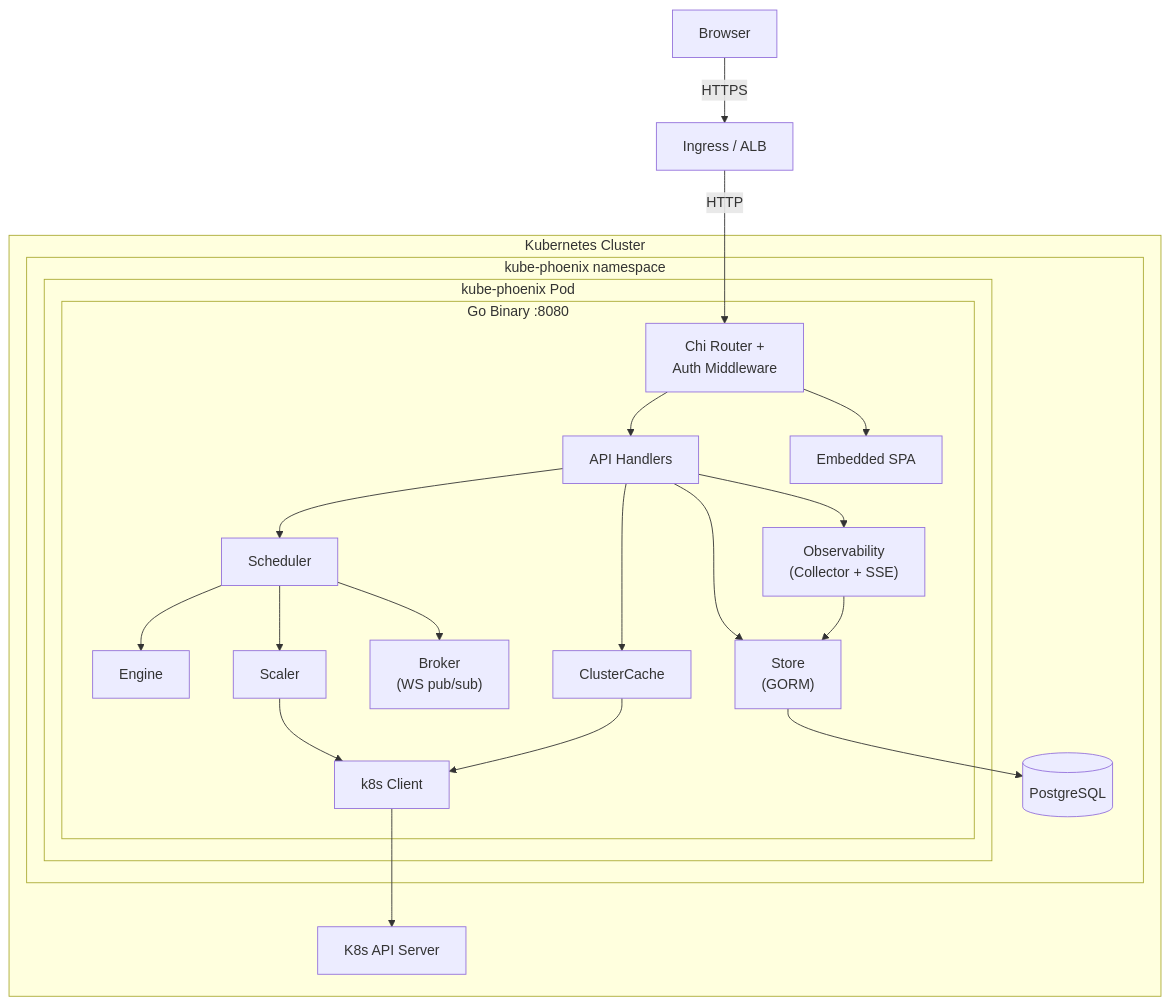
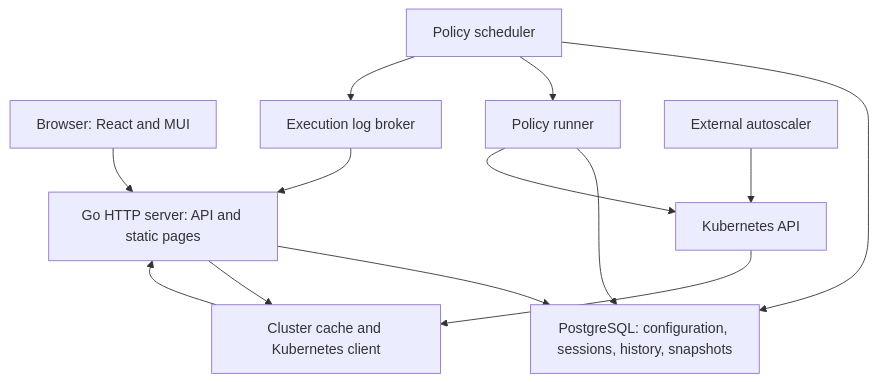
One commit to MacXsimilian/kube-phoenix changed the first of 2 diagrams in ARCHITECTURE.md. Above: the diagram before and after it, drawn with Mermaid. The commit also changed other lines of this file and 110 other files, not shown here.

First line of the commit message:
fix!: harden policy execution, releases and build tooling (#436)

````diff
--- a/ARCHITECTURE.md
+++ b/ARCHITECTURE.md
@@ -28,38 +11,15 @@
 ```mermaid
 flowchart TB
-    Browser["Browser"]
-    ALB["Ingress / ALB"]
-
-    subgraph Cluster["Kubernetes Cluster"]
-        subgraph NS["kube-phoenix namespace"]
-            subgraph Pod["kube-phoenix Pod"]
-                subgraph Binary["Go Binary :8080"]
-                    Router["Chi Router +\nAuth Middleware"]
-                    Handlers["API Handlers"]
-                    Scheduler["Scheduler"]
-                    Engine["Engine"]
-                    Scaler["Scaler"]
-                    Broker["Broker\n(WS pub/sub)"]
-                    Store["Store\n(GORM)"]
-                    Cache["ClusterCache"]
-                    SPA["Embedded SPA"]
-                    K8s["k8s Client"]
-                    Observability["Observability\n(Collector + SSE)"]
-                end
-            end
-            PG[("PostgreSQL")]
-        end
-        K8sAPI["K8s API Server"]
-    end
-
-    Browser -- HTTPS --> ALB -- HTTP --> Router
-    Router --> Handlers & SPA
-    Handlers --> Scheduler & Store & Cache
-    Scheduler --> Engine & Scaler & Broker
-    Scaler --> K8s
-    Cache --> K8s
-    K8s --> K8sAPI
-    Handlers --> Observability
-    Observability --> Store
-    Store --> PG
+    B["Browser: React and MUI"] --> H["Go HTTP server: API and static pages"]
+    H --> D["PostgreSQL: configuration, sessions, history, snapshots"]
+    H --> C["Cluster cache and Kubernetes client"]
+    K["Kubernetes API"] --> C
+    S["Policy scheduler"] --> D
+    S --> R["Policy runner"]
+    R --> D
+    R --> K
+    C --> H
+    S --> L["Execution log broker"]
+    L --> H
+    A["External autoscaler"] --> K
 ```
````
